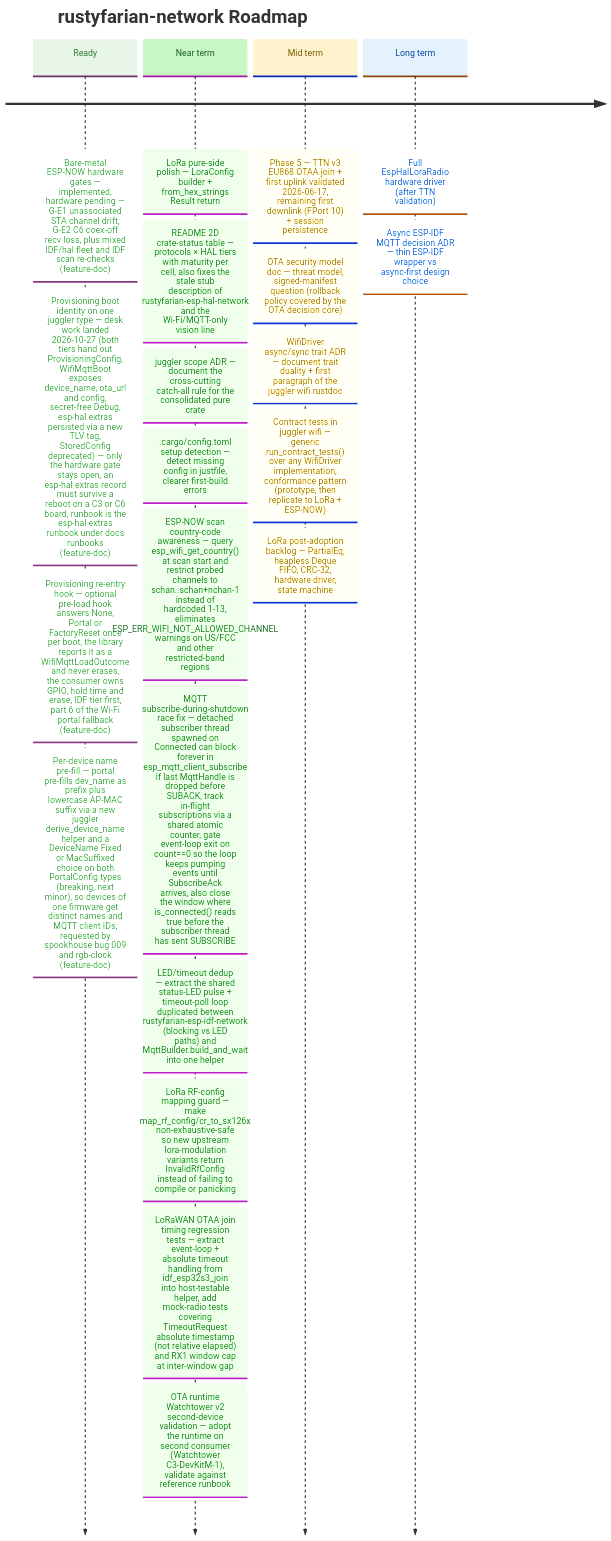
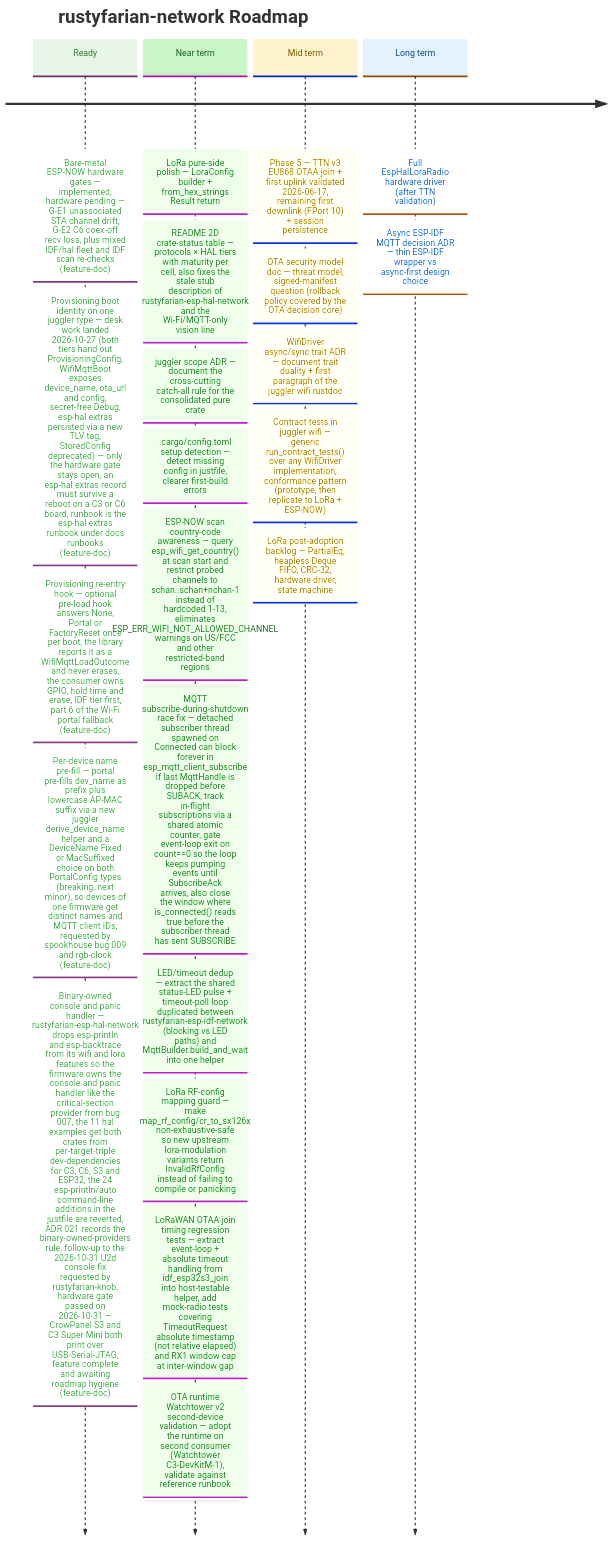
Before and after one commit to datenkollektiv/rustyfarian-network: the diagram in docs/ROADMAP.md, drawn with Mermaid. The commit also changed 12 other files, not shown here.

First line of the commit message:
Drop esp-println and esp-backtrace from the esp-hal crate

````diff
--- a/docs/ROADMAP.md
+++ b/docs/ROADMAP.md
@@ -20,43 +20,44 @@
 ```mermaid
 %%{init: {
   "theme": "base",
   "themeVariables": {
     "cScale0": "#e8f5e9",
     "cScaleLabel0": "#2e7d32",
     "cScale1": "#c8f7c5",
     "cScaleLabel1": "#1b5e20",
     "cScale2": "#fff3cd",
     "cScaleLabel2": "#7a5a00",
     "cScale3": "#e3f2fd",
     "cScaleLabel3": "#0d47a1"
   }
 }}%%
 
 timeline
     title rustyfarian-network Roadmap
 
     Ready     : Bare-metal ESP-NOW hardware gates — implemented, hardware pending — G-E1 unassociated STA channel drift, G-E2 C6 coex-off recv loss, plus mixed IDF/hal fleet and IDF scan re-checks (feature-doc)
               : Provisioning boot identity on one juggler type — desk work landed 2026-10-27 (both tiers hand out ProvisioningConfig, WifiMqttBoot exposes device_name, ota_url and config, secret-free Debug, esp-hal extras persisted via a new TLV tag, StoredConfig deprecated) — only the hardware gate stays open, an esp-hal extras record must survive a reboot on a C3 or C6 board, runbook is the esp-hal extras runbook under docs runbooks (feature-doc)
               : Provisioning re-entry hook — optional pre-load hook answers None, Portal or FactoryReset once per boot, the library reports it as a WifiMqttLoadOutcome and never erases, the consumer owns GPIO, hold time and erase, IDF tier first, part 6 of the Wi-Fi portal fallback (feature-doc)
               : Per-device name pre-fill — portal pre-fills dev_name as prefix plus lowercase AP-MAC suffix via a new juggler derive_device_name helper and a DeviceName Fixed or MacSuffixed choice on both PortalConfig types (breaking, next minor), so devices of one firmware get distinct names and MQTT client IDs, requested by spookhouse bug 009 and rgb-clock (feature-doc)
+               : Binary-owned console and panic handler — rustyfarian-esp-hal-network drops esp-println and esp-backtrace from its wifi and lora features so the firmware owns the console and panic handler like the critical-section provider from bug 007, the 11 hal examples get both crates from per-target-triple dev-dependencies for C3, C6, S3 and ESP32, the 24 esp-println/auto command-line additions in the justfile are reverted, ADR 021 records the binary-owned-providers rule, follow-up to the 2026-10-31 U2d console fix requested by rustyfarian-knob, hardware gate passed on 2026-10-31 — CrowPanel S3 and C3 Super Mini both print over USB-Serial-JTAG, feature complete and awaiting roadmap hygiene (feature-doc)
 
     Near term : LoRa pure-side polish — LoraConfig builder + from_hex_strings Result return
               : README 2D crate-status table — protocols × HAL tiers with maturity per cell, also fixes the stale stub description of rustyfarian-esp-hal-network and the Wi-Fi/MQTT-only vision line
               : juggler scope ADR — document the cross-cutting catch-all rule for the consolidated pure crate
               : .cargo/config.toml setup detection — detect missing config in justfile, clearer first-build errors
               : ESP-NOW scan country-code awareness — query esp_wifi_get_country() at scan start and restrict probed channels to schan..schan+nchan-1 instead of hardcoded 1-13, eliminates ESP_ERR_WIFI_NOT_ALLOWED_CHANNEL warnings on US/FCC and other restricted-band regions
               : MQTT subscribe-during-shutdown race fix — detached subscriber thread spawned on Connected can block forever in esp_mqtt_client_subscribe if last MqttHandle is dropped before SUBACK, track in-flight subscriptions via a shared atomic counter, gate event-loop exit on count==0 so the loop keeps pumping events until SubscribeAck arrives, also close the window where is_connected() reads true before the subscriber thread has sent SUBSCRIBE
               : LED/timeout dedup — extract the shared status-LED pulse + timeout-poll loop duplicated between rustyfarian-esp-idf-network (blocking vs LED paths) and MqttBuilder.build_and_wait into one helper
               : LoRa RF-config mapping guard — make map_rf_config/cr_to_sx126x non-exhaustive-safe so new upstream lora-modulation variants return InvalidRfConfig instead of failing to compile or panicking
               : LoRaWAN OTAA join timing regression tests — extract event-loop + absolute timeout handling from idf_esp32s3_join into host-testable helper, add mock-radio tests covering TimeoutRequest absolute timestamp (not relative elapsed) and RX1 window cap at inter-window gap
               : OTA runtime Watchtower v2 second-device validation — adopt the runtime on second consumer (Watchtower C3-DevKitM-1), validate against reference runbook
 
     Mid term  : Phase 5 — TTN v3 EU868 OTAA join + first uplink validated 2026-06-17, remaining first downlink (FPort 10) + session persistence
               : OTA security model doc — threat model, signed-manifest question (rollback policy covered by the OTA decision core)
               : WifiDriver async/sync trait ADR — document trait duality + first paragraph of the juggler wifi rustdoc
               : Contract tests in juggler wifi — generic run_contract_tests() over any WifiDriver implementation, conformance pattern (prototype, then replicate to LoRa + ESP-NOW)
               : LoRa post-adoption backlog — PartialEq, heapless Deque FIFO, CRC-32, hardware driver, state machine
 
     Long term : Full EspHalLoraRadio hardware driver (after TTN validation)
               : Async ESP-IDF MQTT decision ADR — thin ESP-IDF wrapper vs async-first design choice
 ```
````
